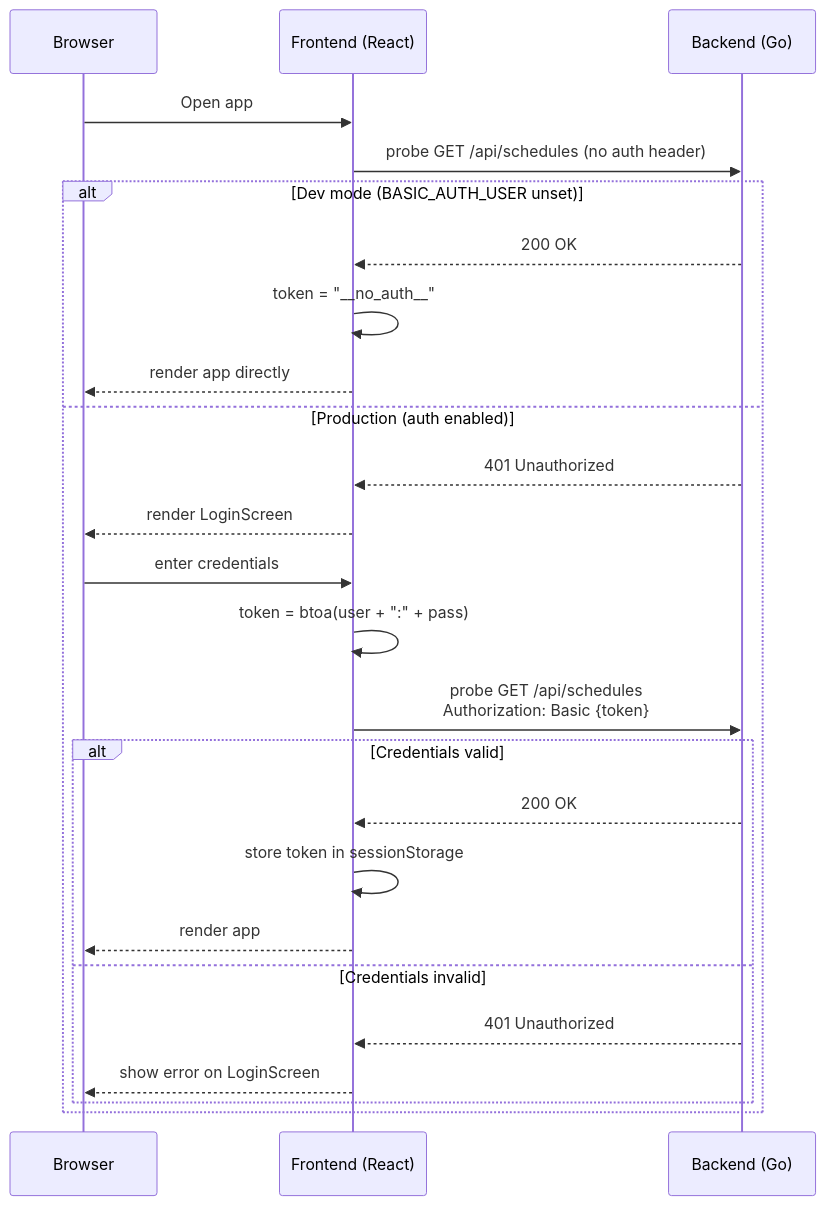
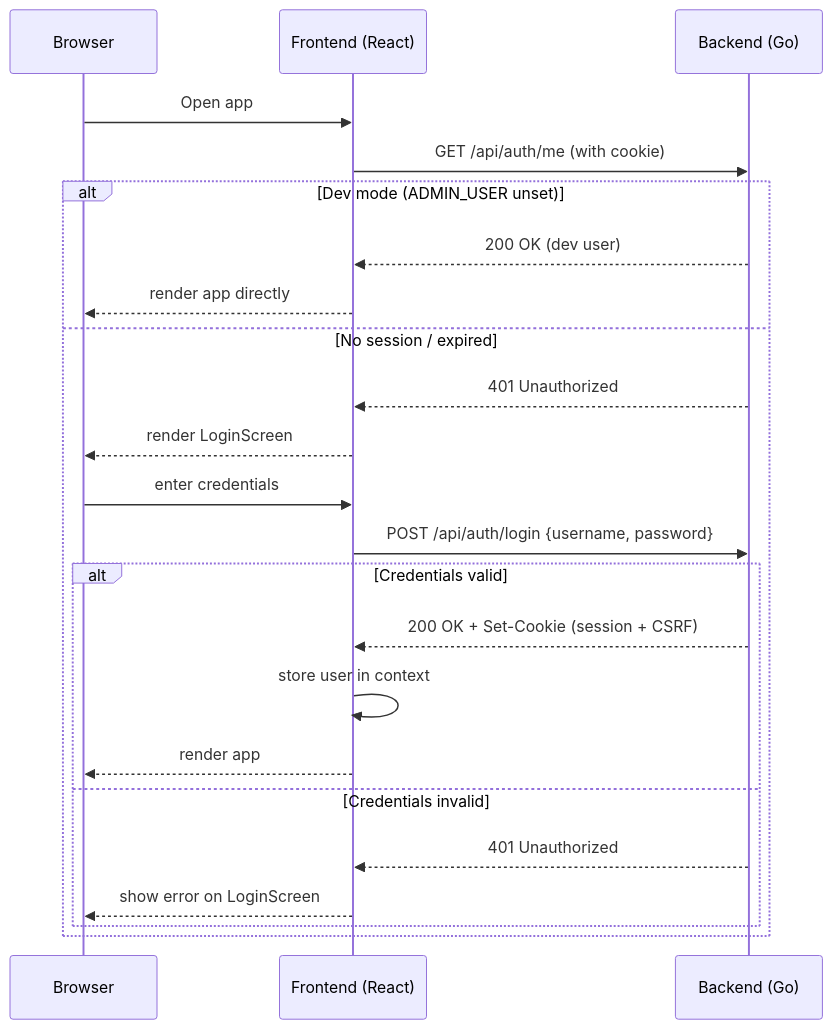
Before and after one commit to MacXsimilian/kube-phoenix: the seventh of 9 diagrams in ARCHITECTURE.md, drawn with Mermaid. The commit also changed other lines of this file and 1 other file, not shown here.

Commit message:
docs: update README and ARCHITECTURE for user management feature

````diff
--- a/ARCHITECTURE.md
+++ b/ARCHITECTURE.md
@@ -1771,31 +1998,29 @@
 ```mermaid
 sequenceDiagram
     participant U as Browser
     participant F as Frontend (React)
     participant B as Backend (Go)
 
     U->>F: Open app
-    F->>B: probe GET /api/schedules (no auth header)
+    F->>B: GET /api/auth/me (with cookie)
 
-    alt Dev mode (BASIC_AUTH_USER unset)
-        B-->>F: 200 OK
-        F->>F: token = "__no_auth__"
+    alt Dev mode (ADMIN_USER unset)
+        B-->>F: 200 OK (dev user)
         F-->>U: render app directly
-    else Production (auth enabled)
+    else No session / expired
         B-->>F: 401 Unauthorized
         F-->>U: render LoginScreen
 
         U->>F: enter credentials
-        F->>F: token = btoa(user + ":" + pass)
-        F->>B: probe GET /api/schedules<br/>Authorization: Basic {token}
+        F->>B: POST /api/auth/login {username, password}
 
         alt Credentials valid
-            B-->>F: 200 OK
-            F->>F: store token in sessionStorage
+            B-->>F: 200 OK + Set-Cookie (session + CSRF)
+            F->>F: store user in context
             F-->>U: render app
         else Credentials invalid
             B-->>F: 401 Unauthorized
             F-->>U: show error on LoginScreen
         end
     end
 ```
````
